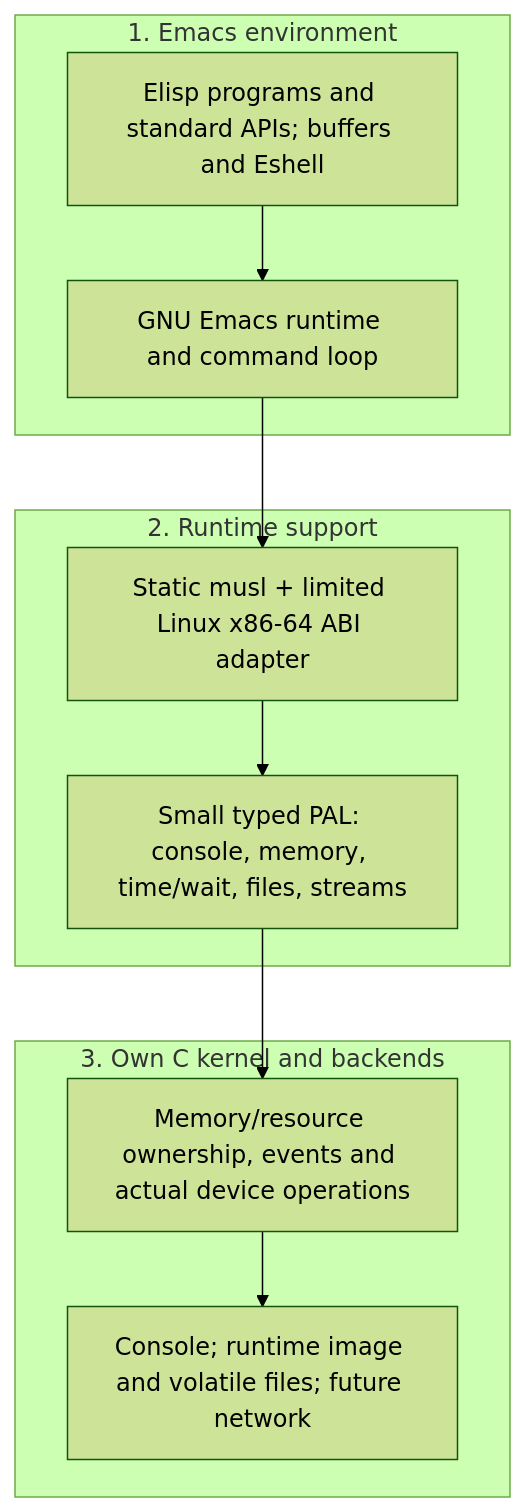
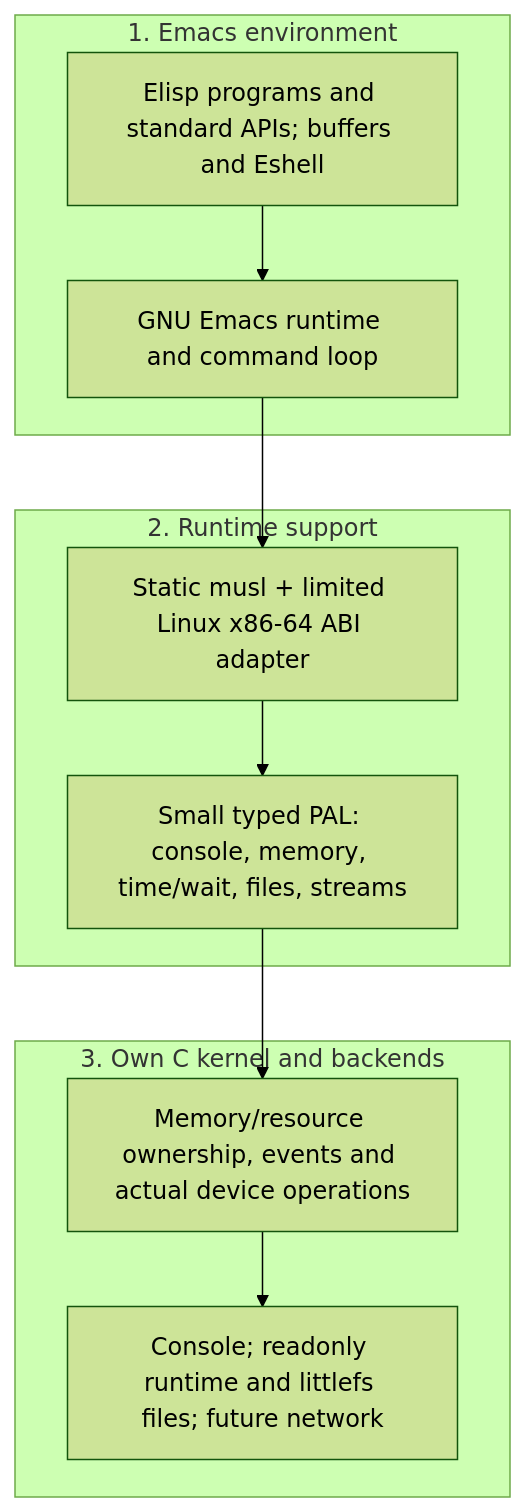
The diagram in docs/design.md (suxiaogang223/emacsos), drawn with Mermaid (forest theme) before and after one commit. The commit also changed other lines of this file and 56 other files, not shown here.

````diff
--- a/docs/design.md
+++ b/docs/design.md
@@ -27,20 +30,20 @@
 ```mermaid
 flowchart TB
     subgraph environment["1. Emacs environment"]
       tools["Elisp programs and standard APIs; buffers and Eshell"]
       runtime["GNU Emacs runtime and command loop"]
       tools --> runtime
     end
     subgraph support["2. Runtime support"]
       adapter["Static musl + limited Linux x86-64 ABI adapter"]
       pal["Small typed PAL: console, memory, time/wait, files, streams"]
       adapter --> pal
     end
     subgraph kernel["3. Own C kernel and backends"]
       core["Memory/resource ownership, events and actual device operations"]
-      backend["Console; runtime image and volatile files; future network"]
+      backend["Console; readonly runtime and littlefs files; future network"]
       core --> backend
     end
     runtime --> adapter
     pal --> core
 ```
````
